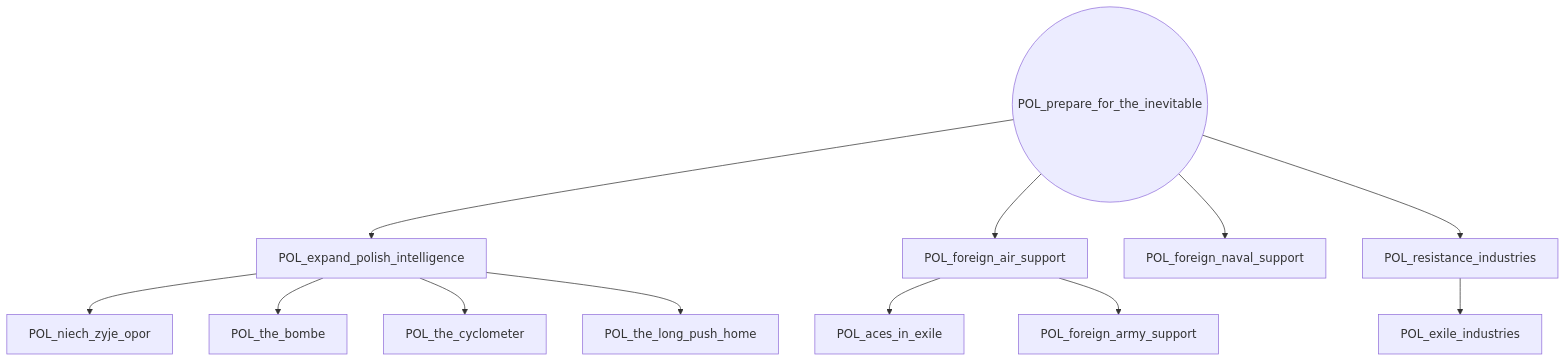
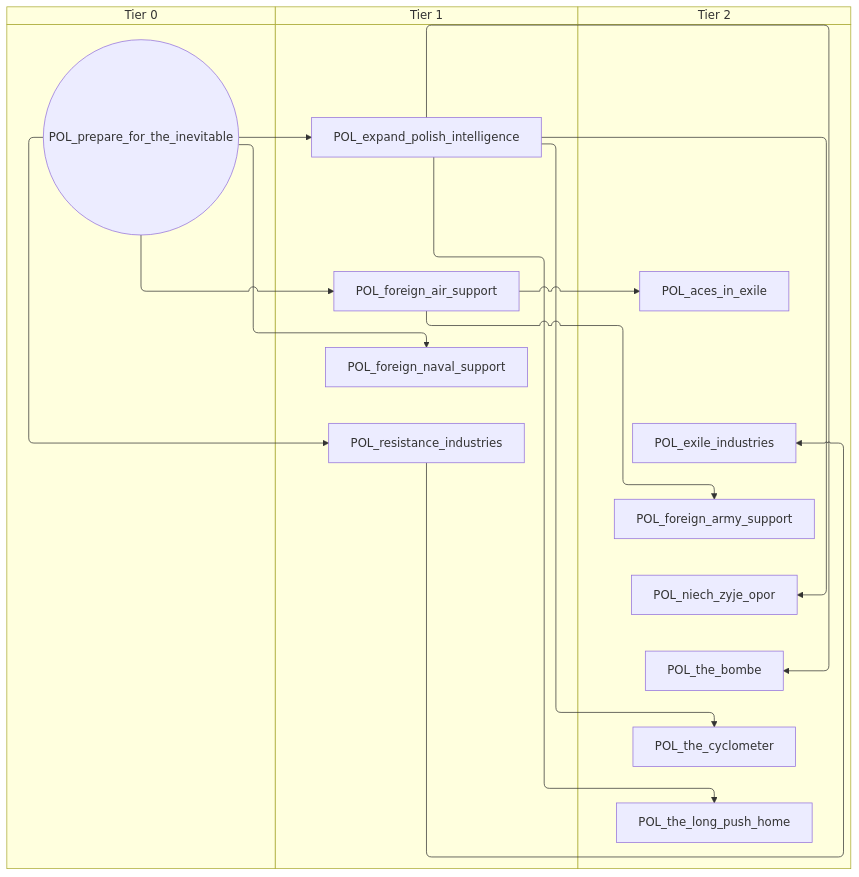
The eighth of 12 diagrams in docs/gdd/National Focuses/poland.md (evgeny-sobol/hoi4-sandbox-mode), drawn with Mermaid before and after one commit. The commit also changed other lines of this file and 80 other files, not shown here.

First line of the commit message:
Add swimlane mode to focus graph exporter

````diff
--- a/docs/gdd/National Focuses/poland.md
+++ b/docs/gdd/National Focuses/poland.md
@@ -658,26 +782,32 @@
 ```mermaid
-flowchart TD
-    n202["POL_aces_in_exile"]
-    n203["POL_exile_industries"]
-    n204["POL_expand_polish_intelligence"]
-    n205["POL_foreign_air_support"]
-    n206["POL_foreign_army_support"]
-    n207["POL_foreign_naval_support"]
-    n208["POL_niech_zyje_opor"]
-    n209(("POL_prepare_for_the_inevitable"))
-    n210["POL_resistance_industries"]
-    n211["POL_the_bombe"]
-    n212["POL_the_cyclometer"]
-    n213["POL_the_long_push_home"]
-    n205 --> n202
-    n210 --> n203
-    n209 --> n204
-    n209 --> n205
-    n205 --> n206
-    n209 --> n207
-    n204 --> n208
-    n209 --> n210
-    n204 --> n211
-    n204 --> n212
-    n204 --> n213
+swimlane-beta TD
+    subgraph tier_0["Tier 0"]
+        n202(("POL_prepare_for_the_inevitable"))
+    end
+    subgraph tier_1["Tier 1"]
+        n203["POL_expand_polish_intelligence"]
+        n204["POL_foreign_air_support"]
+        n205["POL_foreign_naval_support"]
+        n206["POL_resistance_industries"]
+    end
+    subgraph tier_2["Tier 2"]
+        n207["POL_aces_in_exile"]
+        n208["POL_exile_industries"]
+        n209["POL_foreign_army_support"]
+        n210["POL_niech_zyje_opor"]
+        n211["POL_the_bombe"]
+        n212["POL_the_cyclometer"]
+        n213["POL_the_long_push_home"]
+    end
+    n204 --> n207
+    n206 --> n208
+    n202 --> n203
+    n202 --> n204
+    n204 --> n209
+    n202 --> n205
+    n203 --> n210
+    n202 --> n206
+    n203 --> n211
+    n203 --> n212
+    n203 --> n213
 ```
````
